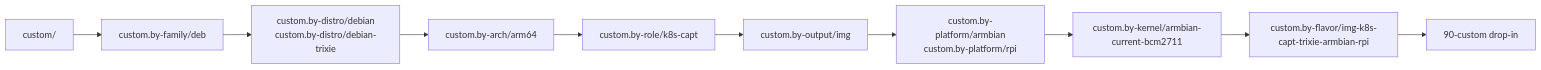
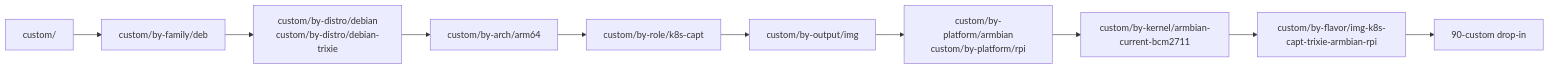
The seventh of 9 diagrams in docs/design-decisions/flavor-traits.md (rpardini/captain), drawn with Mermaid before and after one commit. The commit also changed other lines of this file and 12 other files, not shown here.

````diff
--- a/docs/design-decisions/flavor-traits.md
+++ b/docs/design-decisions/flavor-traits.md
@@ -242,7 +242,7 @@
 ```mermaid
 flowchart LR
-    c["custom/"] --> fam["custom.by-family/deb"] --> dis["custom.by-distro/debian<br/>custom.by-distro/debian-trixie"]
-    dis --> arch["custom.by-arch/arm64"] --> role["custom.by-role/k8s-capt"] --> out["custom.by-output/img"]
-    out --> plat["custom.by-platform/armbian<br/>custom.by-platform/rpi"] --> ker["custom.by-kernel/armbian-current-bcm2711"]
-    ker --> fl["custom.by-flavor/img-k8s-capt-trixie-armbian-rpi"] --> d90["90-custom drop-in"]
+    c["custom/"] --> fam["custom/by-family/deb"] --> dis["custom/by-distro/debian<br/>custom/by-distro/debian-trixie"]
+    dis --> arch["custom/by-arch/arm64"] --> role["custom/by-role/k8s-capt"] --> out["custom/by-output/img"]
+    out --> plat["custom/by-platform/armbian<br/>custom/by-platform/rpi"] --> ker["custom/by-kernel/armbian-current-bcm2711"]
+    ker --> fl["custom/by-flavor/img-k8s-capt-trixie-armbian-rpi"] --> d90["90-custom drop-in"]
 ```
````
